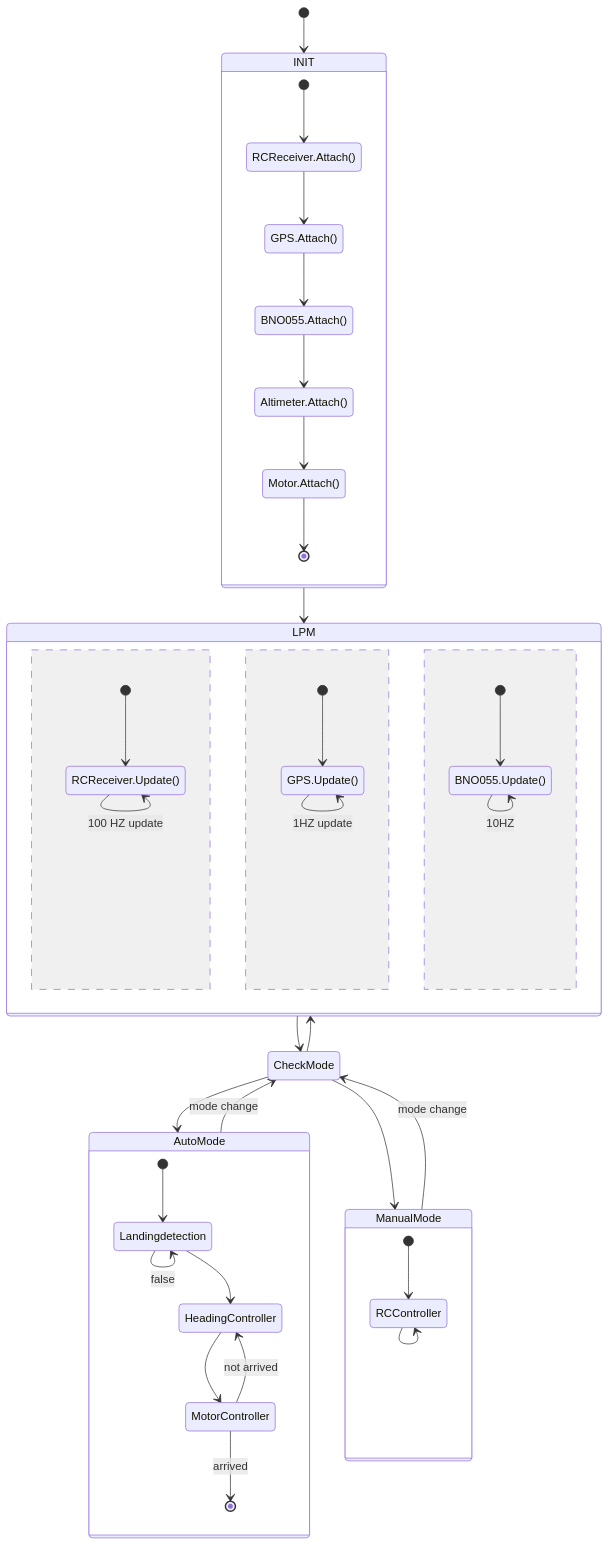
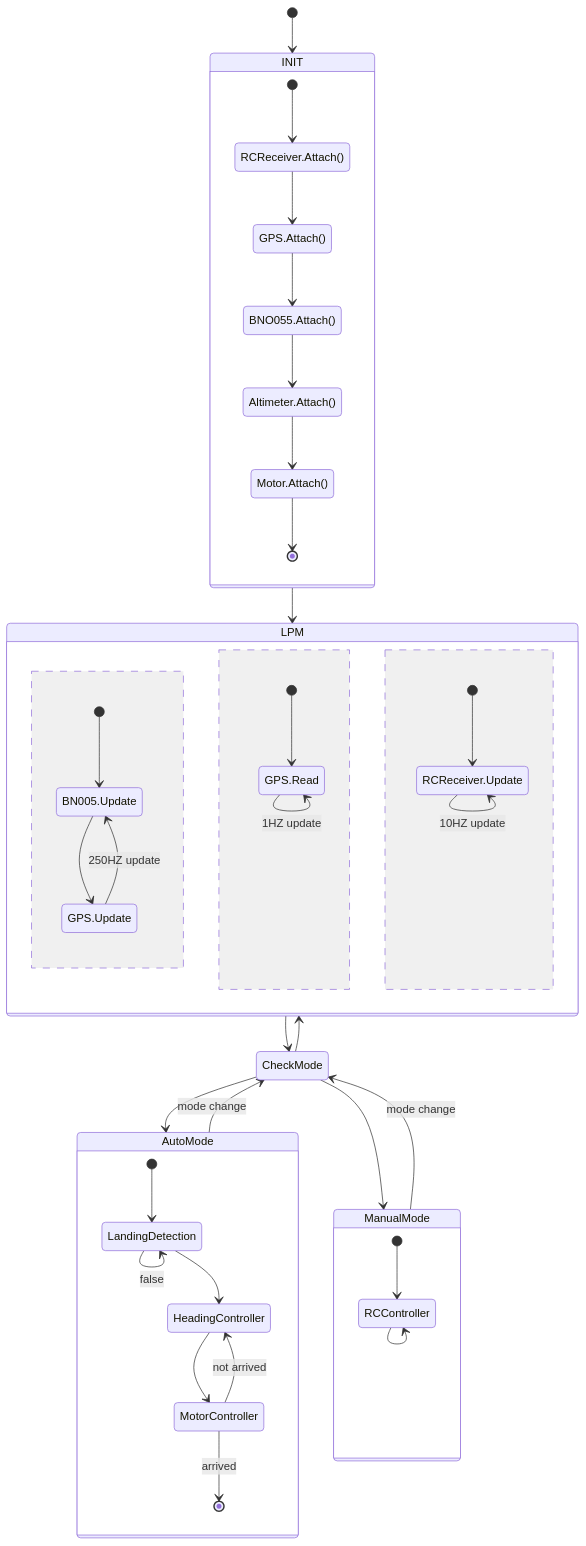
One commit to ubcuas/Airdrop-Software-2022 changed the fourth of 4 diagrams in docs/DESIGN.md. Above: the diagram before and after it, drawn with Mermaid. The commit also changed other lines of this file and 1 other file, not shown here.

Commit message:
update design document

````diff
--- a/docs/DESIGN.md
+++ b/docs/DESIGN.md
@@ -184,55 +193,55 @@
 ```mermaid
 stateDiagram-v2
 [*] --> INIT
 
 state INIT {
 [*] --> RCReceiver.Attach()
 RCReceiver.Attach() --> GPS.Attach()
 GPS.Attach() --> BNO055.Attach()
 BNO055.Attach() --> Altimeter.Attach()
 Altimeter.Attach() --> Motor.Attach()
 Motor.Attach() --> [*]
 }
 
 INIT --> LPM
 
 state LPM {
-  [*] --> RCReceiver.Update()
+  [*] --> BN005.Update
+  BN005.Update --> GPS.Update
+  GPS.Update --> BN005.Update: 250HZ update
+  --
 
-  RCReceiver.Update() --> RCReceiver.Update(): 100 HZ update
+  [*] --> GPS.Read
+  GPS.Read --> GPS.Read: 1HZ update
 
---
-
-  [*] --> GPS.Update()
-  GPS.Update() --> GPS.Update(): 1HZ update
-
---
-  [*] --> BNO055.Update()
-  BNO055.Update() --> BNO055.Update(): 10HZ
+  --
+  
+  [*] --> RCReceiver.Update
+  RCReceiver.Update --> RCReceiver.Update: 10HZ update
 }
 
 LPM --> CheckMode
 
 CheckMode --> AutoMode
 AutoMode --> CheckMode: mode change
 
 CheckMode --> ManualMode
 ManualMode --> CheckMode: mode change
 
 CheckMode --> LPM
 
 state AutoMode{
-  [*] --> Landingdetection
-  Landingdetection --> Landingdetection: false
-  Landingdetection --> HeadingController
+  [*] --> LandingDetection
+  LandingDetection --> LandingDetection: false
+  LandingDetection --> HeadingController
   HeadingController --> MotorController
   MotorController --> HeadingController: not arrived
   MotorController --> [*]: arrived
 }
 
 state ManualMode {
   [*] --> RCController
   RCController --> RCController
 }
 
 ```
````
